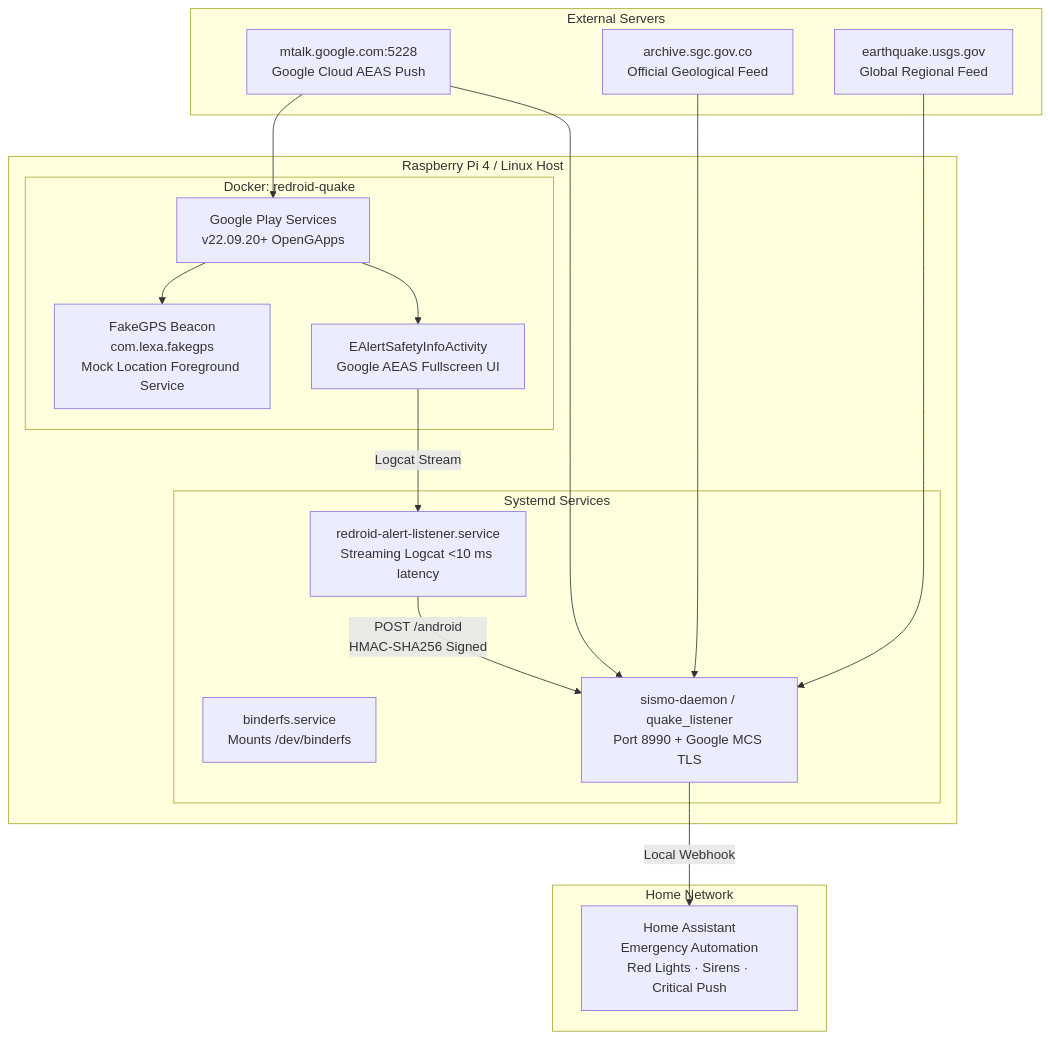
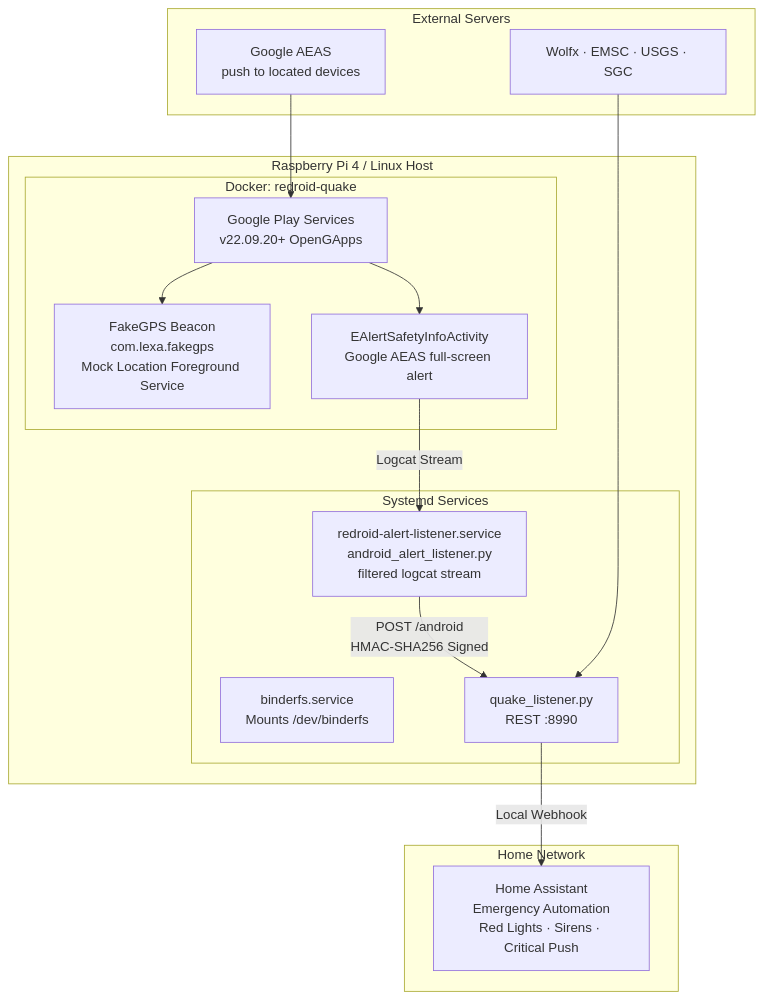
The diagram in docs/REDROID_SENTINEL.md (Juanipis/quake-alert-listener), drawn with Mermaid before and after one commit. The commit also changed other lines of this file and 4 other files, not shown here.

````diff
--- a/docs/REDROID_SENTINEL.md
+++ b/docs/REDROID_SENTINEL.md
@@ -9,36 +16,33 @@
 ```mermaid
 flowchart TD
     subgraph Raspberry Pi 4 / Linux Host
         subgraph Docker: redroid-quake
             GMS[Google Play Services<br/>v22.09.20+ OpenGApps]
             LOC[FakeGPS Beacon<br/>com.lexa.fakegps<br/>Mock Location Foreground Service]
-            UI[EAlertSafetyInfoActivity<br/>Google AEAS Fullscreen UI]
+            UI[EAlertSafetyInfoActivity<br/>Google AEAS full-screen alert]
             GMS --> LOC
             GMS --> UI
         end
 
         subgraph Systemd Services
             BINDER[binderfs.service<br/>Mounts /dev/binderfs]
-            LISTENER[redroid-alert-listener.service<br/>Streaming Logcat <10 ms latency]
-            DAEMON[sismo-daemon / quake_listener<br/>Port 8990 + Google MCS TLS]
+            LISTENER[redroid-alert-listener.service<br/>android_alert_listener.py<br/>filtered logcat stream]
+            DAEMON[quake_listener.py<br/>REST :8990]
         end
 
         UI -- Logcat Stream --> LISTENER
         LISTENER -- POST /android<br/>HMAC-SHA256 Signed --> DAEMON
     end
 
     subgraph Home Network
         HA[Home Assistant<br/>Emergency Automation<br/>Red Lights · Sirens · Critical Push]
         DAEMON -- Local Webhook --> HA
     end
 
     subgraph External Servers
-        GOOGLE[mtalk.google.com:5228<br/>Google Cloud AEAS Push]
-        SGC[archive.sgc.gov.co<br/>Official Geological Feed]
-        USGS[earthquake.usgs.gov<br/>Global Regional Feed]
+        GOOGLE[Google AEAS<br/>push to located devices]
+        FEEDS[Wolfx · EMSC · USGS · SGC]
         GOOGLE --> GMS
-        GOOGLE --> DAEMON
-        SGC --> DAEMON
-        USGS --> DAEMON
+        FEEDS --> DAEMON
     end
 ```
````
